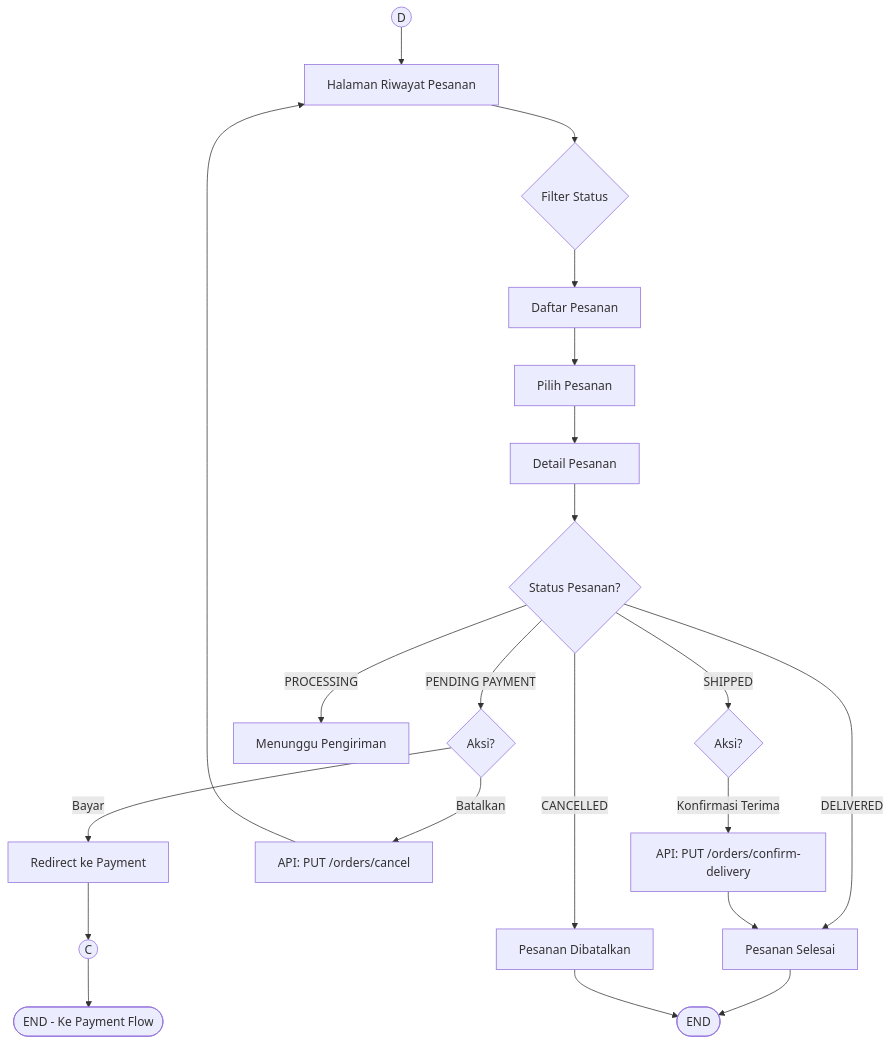
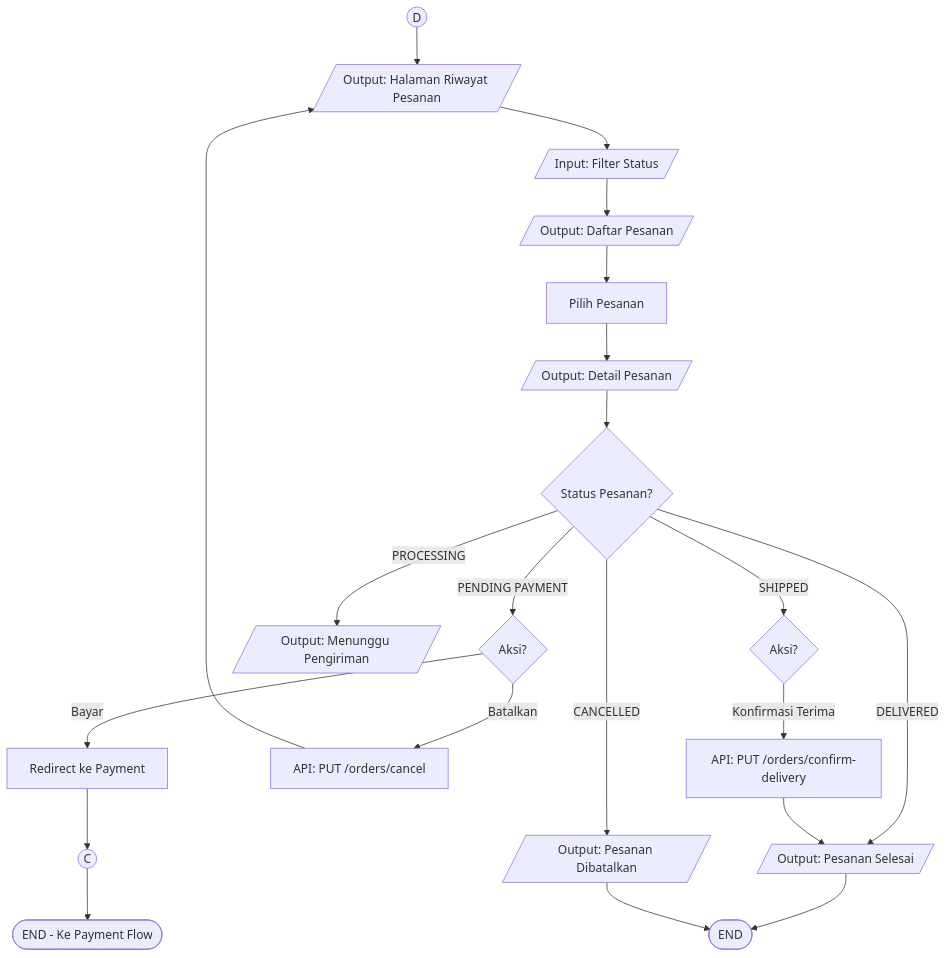
Before and after one commit to Wannzh/greeceri-store-fe: the fifth of 7 diagrams in FLOWCHART.md, drawn with Mermaid. The commit also changed other lines of this file and 9 other files, not shown here.

Commit message:
Edit Flowchart

````diff
--- a/FLOWCHART.md
+++ b/FLOWCHART.md
@@ -210,31 +210,31 @@
 ```mermaid
 flowchart TD
-    ORDER_START((D)) --> ORDER_LIST[Halaman Riwayat Pesanan]
+    ORDER_START((D)) --> ORDER_LIST[/Output: Halaman Riwayat Pesanan/]
 
-    ORDER_LIST --> ORDER_FILTER{Filter Status}
-    ORDER_FILTER --> FILTERED_LIST[Daftar Pesanan]
+    ORDER_LIST --> ORDER_FILTER[/Input: Filter Status/]
+    ORDER_FILTER --> FILTERED_LIST[/Output: Daftar Pesanan/]
 
     FILTERED_LIST --> SELECT_ORDER[Pilih Pesanan]
-    SELECT_ORDER --> ORDER_DETAIL[Detail Pesanan]
+    SELECT_ORDER --> ORDER_DETAIL[/Output: Detail Pesanan/]
 
     ORDER_DETAIL --> ORDER_STATUS{Status Pesanan?}
 
     ORDER_STATUS -->|PENDING PAYMENT| PENDING_ACT{Aksi?}
     PENDING_ACT -->|Bayar| PAY_NOW[Redirect ke Payment]
     PENDING_ACT -->|Batalkan| CANCEL_ORDER["API: PUT /orders/cancel"]
 
-    ORDER_STATUS -->|PROCESSING| WAIT_SHIP[Menunggu Pengiriman]
+    ORDER_STATUS -->|PROCESSING| WAIT_SHIP[/Output: Menunggu Pengiriman/]
     ORDER_STATUS -->|SHIPPED| SHIPPED_ACT{Aksi?}
     SHIPPED_ACT -->|Konfirmasi Terima| CONFIRM_RECV["API: PUT /orders/confirm-delivery"]
 
-    ORDER_STATUS -->|DELIVERED| COMPLETED[Pesanan Selesai]
-    ORDER_STATUS -->|CANCELLED| CANCELLED[Pesanan Dibatalkan]
+    ORDER_STATUS -->|DELIVERED| COMPLETED[/Output: Pesanan Selesai/]
+    ORDER_STATUS -->|CANCELLED| CANCELLED[/Output: Pesanan Dibatalkan/]
 
     PAY_NOW --> PAYMENT_C((C))
     CANCEL_ORDER --> ORDER_LIST
     CONFIRM_RECV --> COMPLETED
 
     COMPLETED --> END_ORDER([END])
     CANCELLED --> END_ORDER
     PAYMENT_C --> END_PAY([END - Ke Payment Flow])
 ```
````
